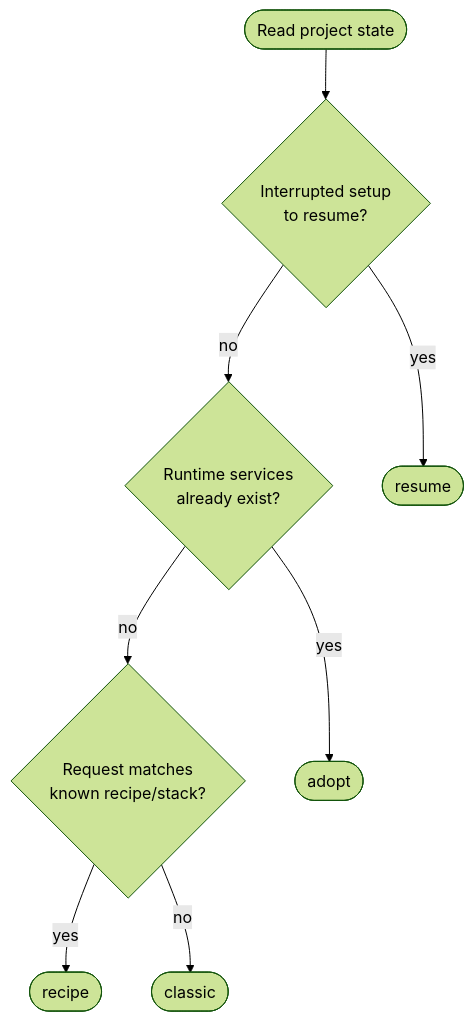
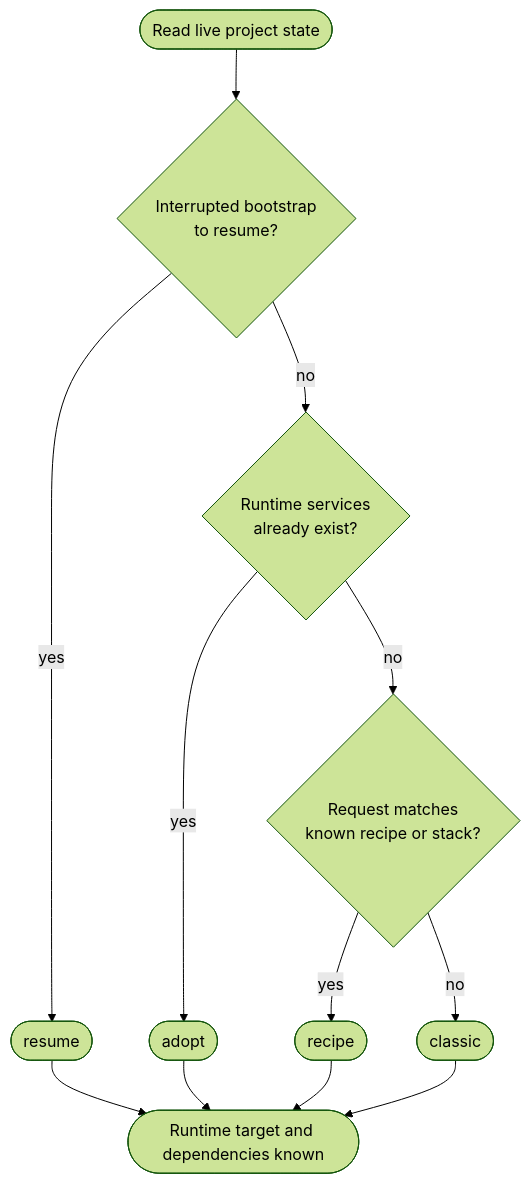
Before and after one commit to zeropsio/docs: the first of 2 diagrams in apps/docs/content/zcp/reference/agent-workflow.mdx, drawn with Mermaid (forest theme). The commit also changed other lines of this file and 12 other files, not shown here.

Commit message:
Refine ZCP docs flow and reference pages

````diff
--- a/apps/docs/content/zcp/reference/agent-workflow.mdx
+++ b/apps/docs/content/zcp/reference/agent-workflow.mdx
@@ -24,18 +46,20 @@
 ```mermaid
 flowchart TD
-  start(["Read project state"])
-  mid{"Interrupted setup<br/>to resume?"}
-  runtimes{"Runtime services<br/>already exist?"}
-  known{"Request matches<br/>known recipe/stack?"}
+  start(["Read live project state"])
+  interrupted{"Interrupted bootstrap<br/>to resume?"}
+  runtime{"Runtime services<br/>already exist?"}
+  known{"Request matches<br/>known recipe or stack?"}
   resume(["resume"])
   adopt(["adopt"])
   recipe(["recipe"])
   classic(["classic"])
-  start --> mid
-  mid -- yes --> resume
-  mid -- no --> runtimes
-  runtimes -- yes --> adopt
-  runtimes -- no --> known
-  known -- yes --> recipe
-  known -- no --> classic
+  done(["Runtime target and dependencies known"])
+
+  start --> interrupted
+  interrupted -- yes --> resume --> done
+  interrupted -- no --> runtime
+  runtime -- yes --> adopt --> done
+  runtime -- no --> known
+  known -- yes --> recipe --> done
+  known -- no --> classic --> done
 ```
````
